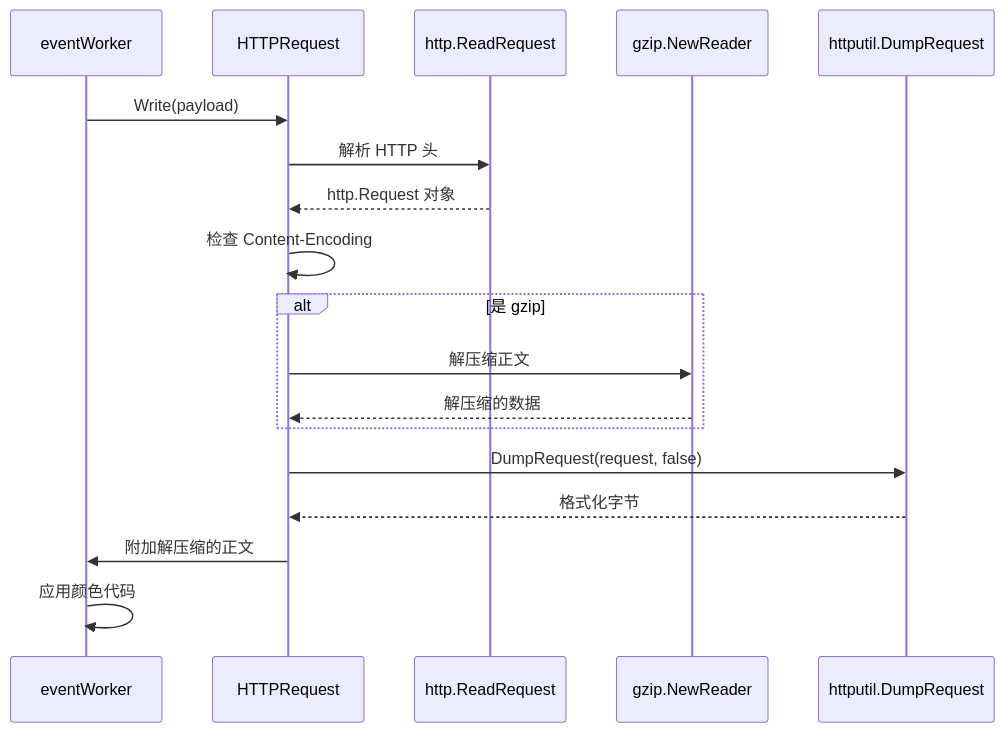
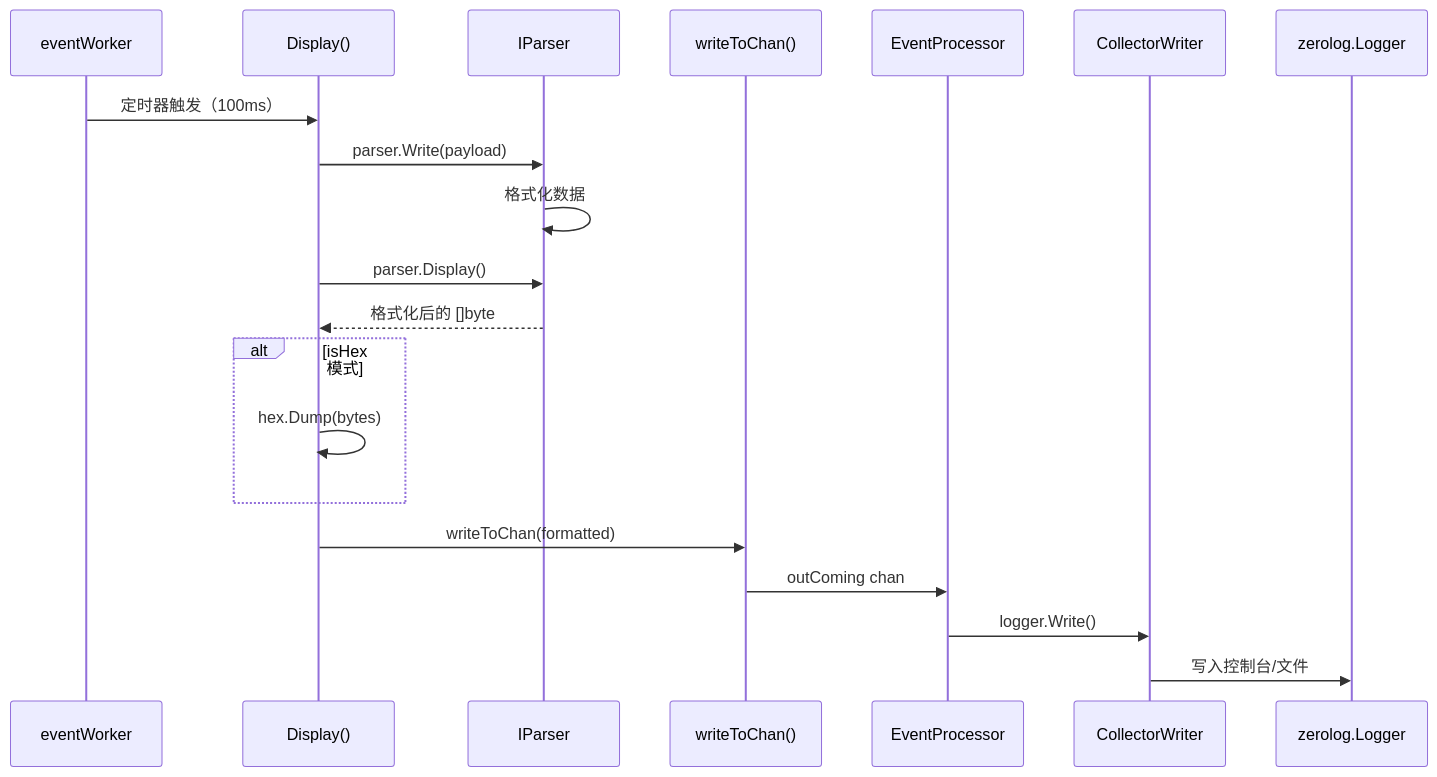
Before and after one commit to gojue/ecapture.cc: the third of 4 diagrams in src/zh/4-output-formats/4.1-text-output-mode.md, drawn with Mermaid. The commit also changed other lines of this file and 115 other files, not shown here.

````diff
--- a/src/zh/4-output-formats/4.1-text-output-mode.md
+++ b/src/zh/4-output-formats/4.1-text-output-mode.md
@@ -257,23 +227,25 @@
 ```mermaid
 sequenceDiagram
     participant Worker as eventWorker
-    participant Parser as HTTPRequest
-    participant NetHTTP as http.ReadRequest
-    participant Gzip as gzip.NewReader
-    participant Output as httputil.DumpRequest
+    participant Display as Display()
+    participant Parser as IParser
+    participant Writer as writeToChan()
+    participant Processor as EventProcessor
+    participant Logger as CollectorWriter
+    participant Zerolog as zerolog.Logger
     
-    Worker->>Parser: Write(payload)
-    Parser->>NetHTTP: 解析 HTTP 头
-    NetHTTP-->>Parser: http.Request 对象
+    Worker->>Display: 定时器触发（100ms）
+    Display->>Parser: parser.Write(payload)
+    Parser->>Parser: 格式化数据
+    Display->>Parser: parser.Display()
+    Parser-->>Display: 格式化后的 []byte
     
-    Parser->>Parser: 检查 Content-Encoding
-    alt 是 gzip
-        Parser->>Gzip: 解压缩正文
-        Gzip-->>Parser: 解压缩的数据
+    alt isHex 模式
+        Display->>Display: hex.Dump(bytes)
     end
     
-    Parser->>Output: DumpRequest(request, false)
-    Output-->>Parser: 格式化字节
-    Parser->>Worker: 附加解压缩的正文
-    Worker->>Worker: 应用颜色代码
+    Display->>Writer: writeToChan(formatted)
+    Writer->>Processor: outComing chan
+    Processor->>Logger: logger.Write()
+    Logger->>Zerolog: 写入控制台/文件
 ```
````
